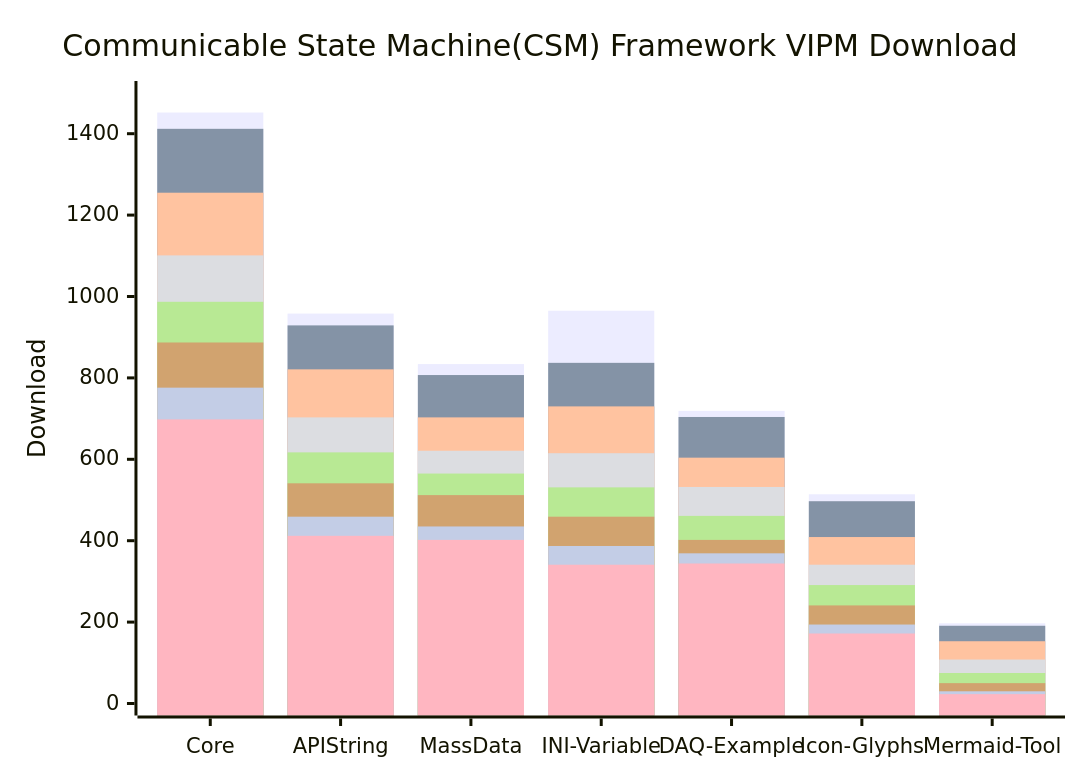
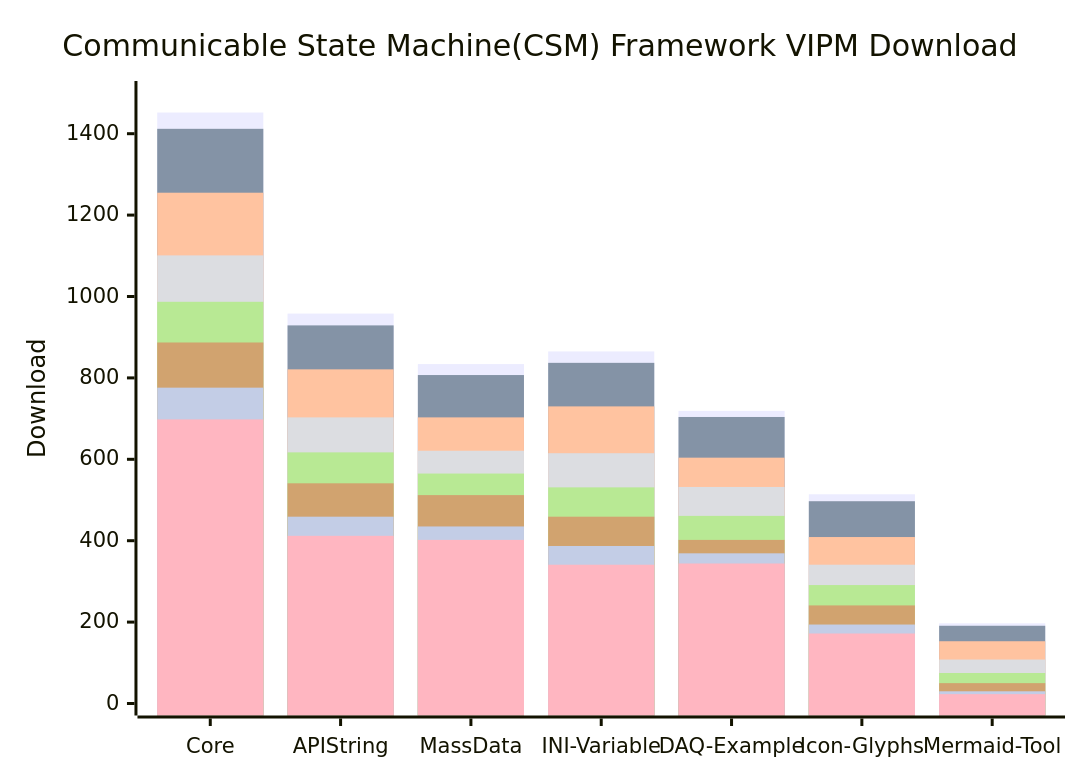
The diagram in profile/README.md (NEVSTOP-LAB/.github), drawn with Mermaid before and after one commit.

````diff
--- a/profile/README.md
+++ b/profile/README.md
@@ -31,14 +31,14 @@
 ```mermaid
     xychart-beta
     title "Communicable State Machine(CSM) Framework VIPM Download"
     x-axis [Core, API String, MassData, INI-Variable, DAQ-Example, Icon-Glyphs, Mermaid-Tool]
     y-axis "Download" 0 --> 1500
-    bar   [1452, 958, 834, 965, 719, 514, 197]
+    bar   [1452, 958, 834, 865, 719, 514, 197]
     bar   [1412, 929, 807, 837, 704, 497, 191]
     bar   [1255, 821, 703, 730, 604, 409, 153]
     bar   [1101, 703, 621, 615, 532, 341, 108]
     bar   [987, 617, 565, 531, 461, 291, 75]
     bar   [887, 541, 512, 459, 402, 241, 50]
     bar   [776, 459, 435, 387, 369, 194, 30]
     bar   [698, 412, 402, 341, 344, 172, 23]
 ```
````
